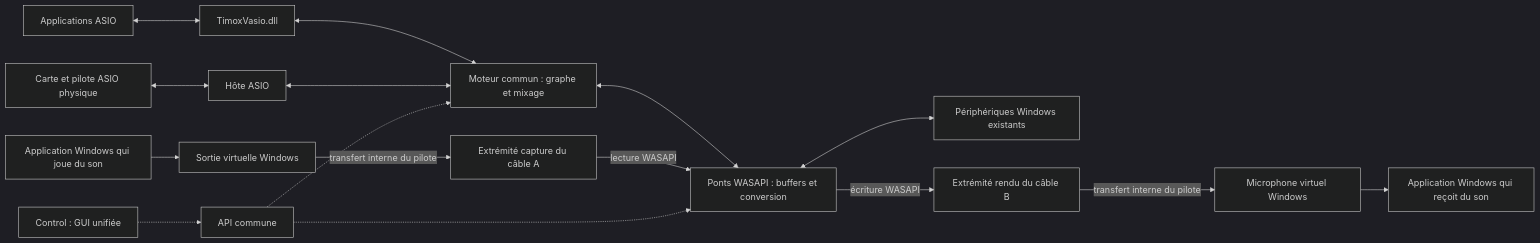
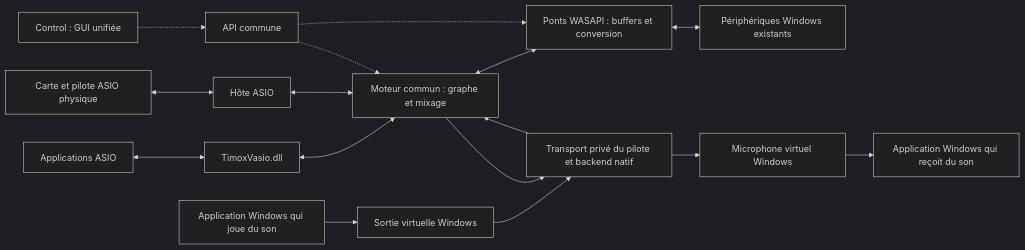
Before and after one commit to timox/TimoxVasio: the first of 2 diagrams in docs/ASIO_WASAPI_GUIDE.md, drawn with Mermaid (dark theme). The commit also changed other lines of this file and 1 other file, not shown here.

Commit message:
docs(audio): clarify native transport and ASIO wrappers

````diff
--- a/docs/ASIO_WASAPI_GUIDE.md
+++ b/docs/ASIO_WASAPI_GUIDE.md
@@ -27,18 +27,18 @@
 ```mermaid
 flowchart LR
     ASIO[Applications ASIO] <--> TV[TimoxVasio.dll]
     TV <--> G[Moteur commun : graphe et mixage]
     CARD[Carte et pilote ASIO physique] <--> HA[Hôte ASIO]
     HA <--> G
     G <--> B[Ponts WASAPI : buffers et conversion]
     B <--> HW[Périphériques Windows existants]
     PLAY[Application Windows qui joue du son] --> VR[Sortie virtuelle Windows]
-    VR -->|transfert interne du pilote| CR[Extrémité capture du câble A]
-    CR -->|lecture WASAPI| B
-    B -->|écriture WASAPI| CW[Extrémité rendu du câble B]
-    CW -->|transfert interne du pilote| VC[Microphone virtuel Windows]
+    VR --> N[Transport privé du pilote et backend natif]
+    N --> G
+    G --> N
+    N --> VC[Microphone virtuel Windows]
     VC --> REC[Application Windows qui reçoit du son]
     UI[Control : GUI unifiée] -.-> API[API commune]
     API -.-> G
     API -.-> B
 ```
````
